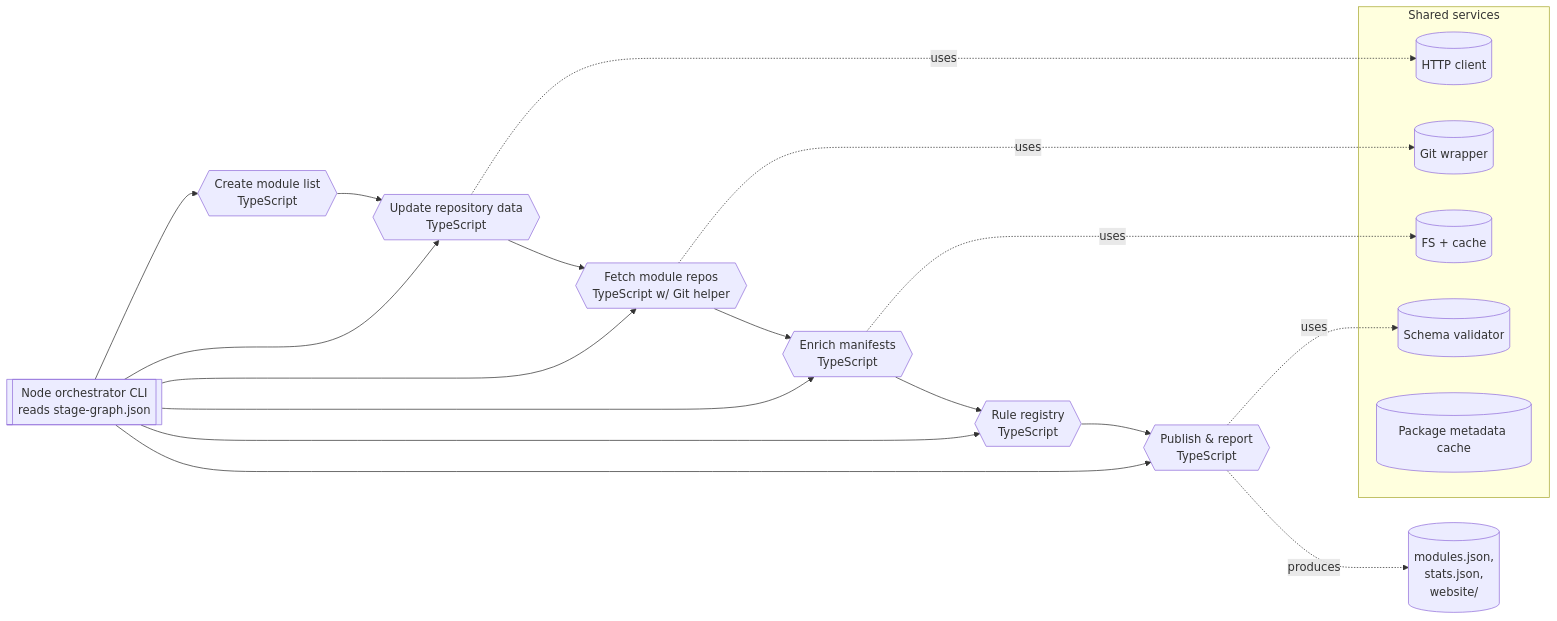
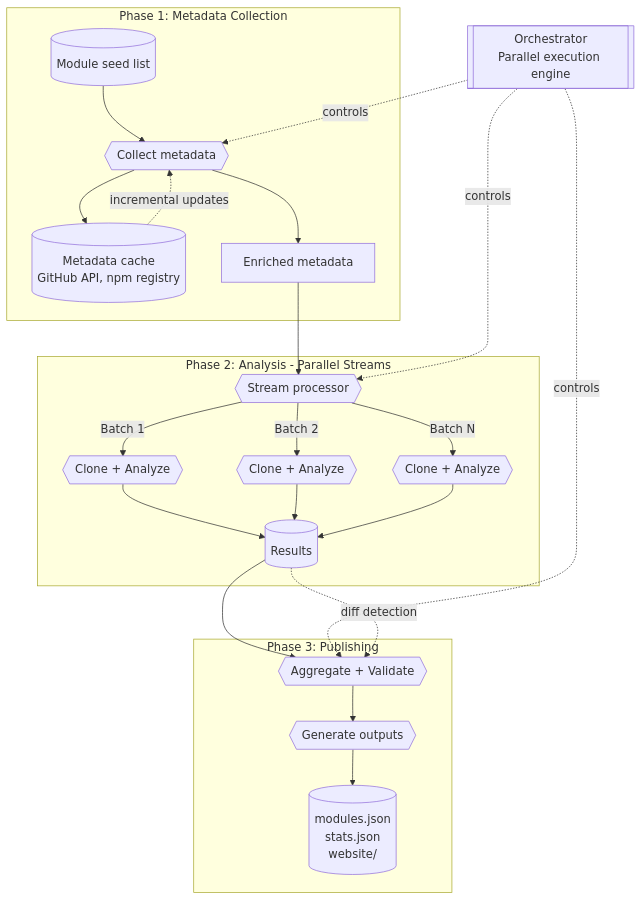
Before and after one commit to KristjanESPERANTO/MagicMirror-3rd-Party-Modules: the third of 4 diagrams in docs/architecture.md, drawn with Mermaid. The commit also changed other lines of this file and 1 other file, not shown here.

Commit message:
docs: update architecture vision with 3-phase streaming target state

````diff
--- a/docs/architecture.md
+++ b/docs/architecture.md
@@ -73,23 +115,33 @@
 ```mermaid
-flowchart LR
-  orchestrator[[Node orchestrator CLI<br>reads stage-graph.json]]
-  orchestrator --> createTS{{Create module list<br>TypeScript}}
-  orchestrator --> repoDataTS{{Update repository data<br>TypeScript}}
-  orchestrator --> fetchTS{{Fetch module repos<br>TypeScript w/ Git helper}}
-  orchestrator --> enrichTS{{Enrich manifests<br>TypeScript}}
-  orchestrator --> checksJS{{Rule registry<br>TypeScript}}
-  orchestrator --> publishTS{{Publish & report<br>TypeScript}}
-  subgraph Shared services
-    http[(HTTP client)]
-    git[(Git wrapper)]
-    fs[(FS + cache)]
-    schema[(Schema validator)]
-    pkg[(Package metadata cache)]
+flowchart TB
+  orchestrator[[Orchestrator<br>Parallel execution engine]]
+
+  subgraph Phase 1: Metadata Collection
+    seed[("Module seed list")] --> collect{{Collect metadata}}
+    collect --> cache1[("Metadata cache<br>GitHub API, npm registry")]
+    collect --> metadata["Enriched metadata"]
   end
-  createTS --> repoDataTS --> fetchTS --> enrichTS --> checksJS --> publishTS
-  fetchTS -.uses.-> git
-  repoDataTS -.uses.-> http
-  publishTS -.uses.-> schema
-  enrichTS -.uses.-> fs
-  publishTS -.produces.-> public[(modules.json,<br>stats.json,<br>website/)]
+
+  subgraph Phase 2: Analysis - Parallel Streams
+    metadata --> stream{{Stream processor}}
+    stream --> |Batch 1| analyze1{{Clone + Analyze}}
+    stream --> |Batch 2| analyze2{{Clone + Analyze}}
+    stream --> |Batch N| analyze3{{Clone + Analyze}}
+    analyze1 --> results1[("Results")]
+    analyze2 --> results1
+    analyze3 --> results1
+  end
+
+  subgraph Phase 3: Publishing
+    results1 --> aggregate{{Aggregate + Validate}}
+    aggregate --> publish{{Generate outputs}}
+    publish --> artifacts[("modules.json<br>stats.json<br>website/")]
+  end
+
+  orchestrator -.controls.-> collect
+  orchestrator -.controls.-> stream
+  orchestrator -.controls.-> aggregate
+
+  cache1 -.incremental updates.-> collect
+  results1 -.diff detection.-> aggregate
 ```
````
